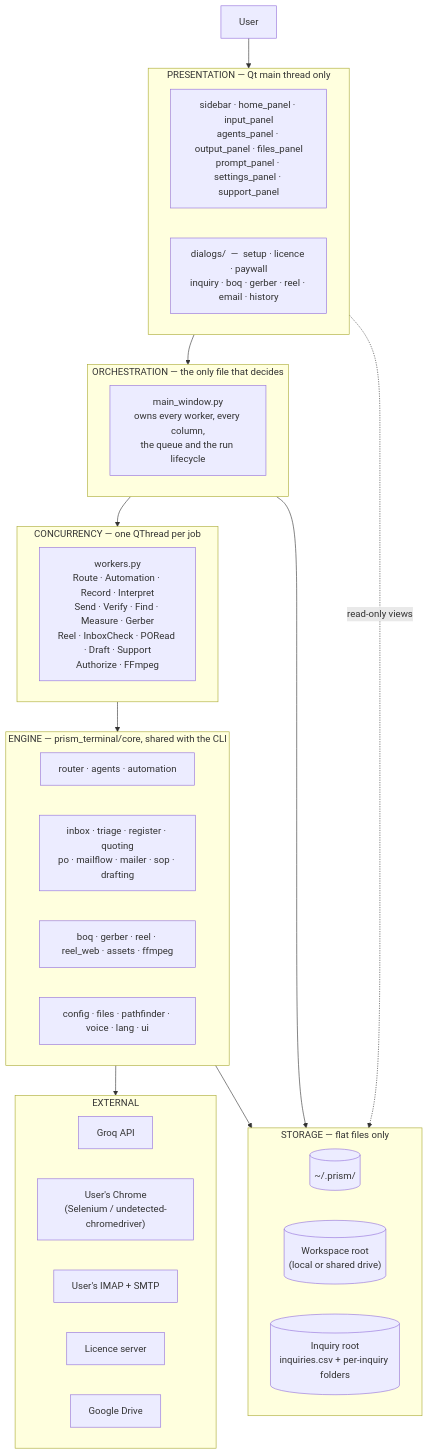
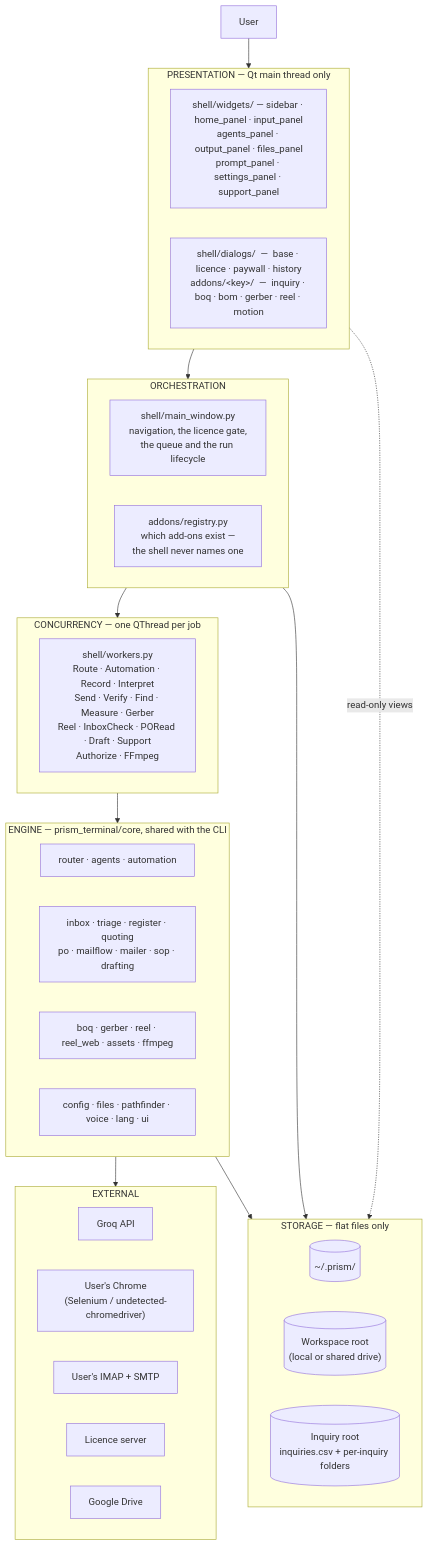
Before and after one commit to HitarthTrivedi/prism_gui: the second of 4 diagrams in docs/architecture/01-system-overview.md, drawn with Mermaid. The commit also changed other lines of this file and 2 other files, not shown here.

First paragraph of the commit message:
Finish the shell/ move: the references imports do not cover
Audit pass after moving widgets/, dialogs/, main_window and workers into
shell/. Imports were rewritten by rule; these are the things a rule cannot
see.

````diff
--- a/docs/architecture/01-system-overview.md
+++ b/docs/architecture/01-system-overview.md
@@ -86,44 +87,45 @@
 ```mermaid
 flowchart TB
     U["User"]
 
     subgraph P["PRESENTATION  —  Qt main thread only"]
-        SB["sidebar · home_panel · input_panel<br/>agents_panel · output_panel · files_panel<br/>prompt_panel · settings_panel · support_panel"]
-        DL["dialogs/  —  setup · licence · paywall<br/>inquiry · boq · gerber · reel · email · history"]
+        SB["shell/widgets/ — sidebar · home_panel · input_panel<br/>agents_panel · output_panel · files_panel<br/>prompt_panel · settings_panel · support_panel"]
+        DL["shell/dialogs/  —  base · licence · paywall · history<br/>addons/&lt;key&gt;/  —  inquiry · boq · bom · gerber · reel · motion"]
     end
 
-    subgraph O["ORCHESTRATION  —  the only file that decides"]
-        MW["main_window.py<br/>owns every worker, every column,<br/>the queue and the run lifecycle"]
+    subgraph O["ORCHESTRATION"]
+        MW["shell/main_window.py<br/>navigation, the licence gate,<br/>the queue and the run lifecycle"]
+        AR["addons/registry.py<br/>which add-ons exist —<br/>the shell never names one"]
     end
 
     subgraph C["CONCURRENCY  —  one QThread per job"]
-        WK["workers.py<br/>Route · Automation · Record · Interpret<br/>Send · Verify · Find · Measure · Gerber<br/>Reel · InboxCheck · PORead · Draft · Support<br/>Authorize · FFmpeg"]
+        WK["shell/workers.py<br/>Route · Automation · Record · Interpret<br/>Send · Verify · Find · Measure · Gerber<br/>Reel · InboxCheck · PORead · Draft · Support<br/>Authorize · FFmpeg"]
     end
 
     subgraph E["ENGINE  —  prism_terminal/core, shared with the CLI"]
         R["router · agents · automation"]
         I["inbox · triage · register · quoting<br/>po · mailflow · mailer · sop · drafting"]
         G["boq · gerber · reel · reel_web · assets · ffmpeg"]
         F["config · files · pathfinder · voice · lang · ui"]
     end
 
     subgraph X["EXTERNAL"]
         GROQ["Groq API"]
         CHR["User's Chrome<br/>(Selenium / undetected-chromedriver)"]
         MAIL["User's IMAP + SMTP"]
         LIC["Licence server"]
         GD["Google Drive"]
     end
 
     subgraph ST["STORAGE  —  flat files only"]
         UD[("~/.prism/")]
         WS[("Workspace root<br/>(local or shared drive)")]
         INQ[("Inquiry root<br/>inquiries.csv + per-inquiry folders")]
     end
 
     U --> P --> O --> C --> E
     E --> X
     E --> ST
     O --> ST
     P -.->|"read-only views"| ST
 ```
````
